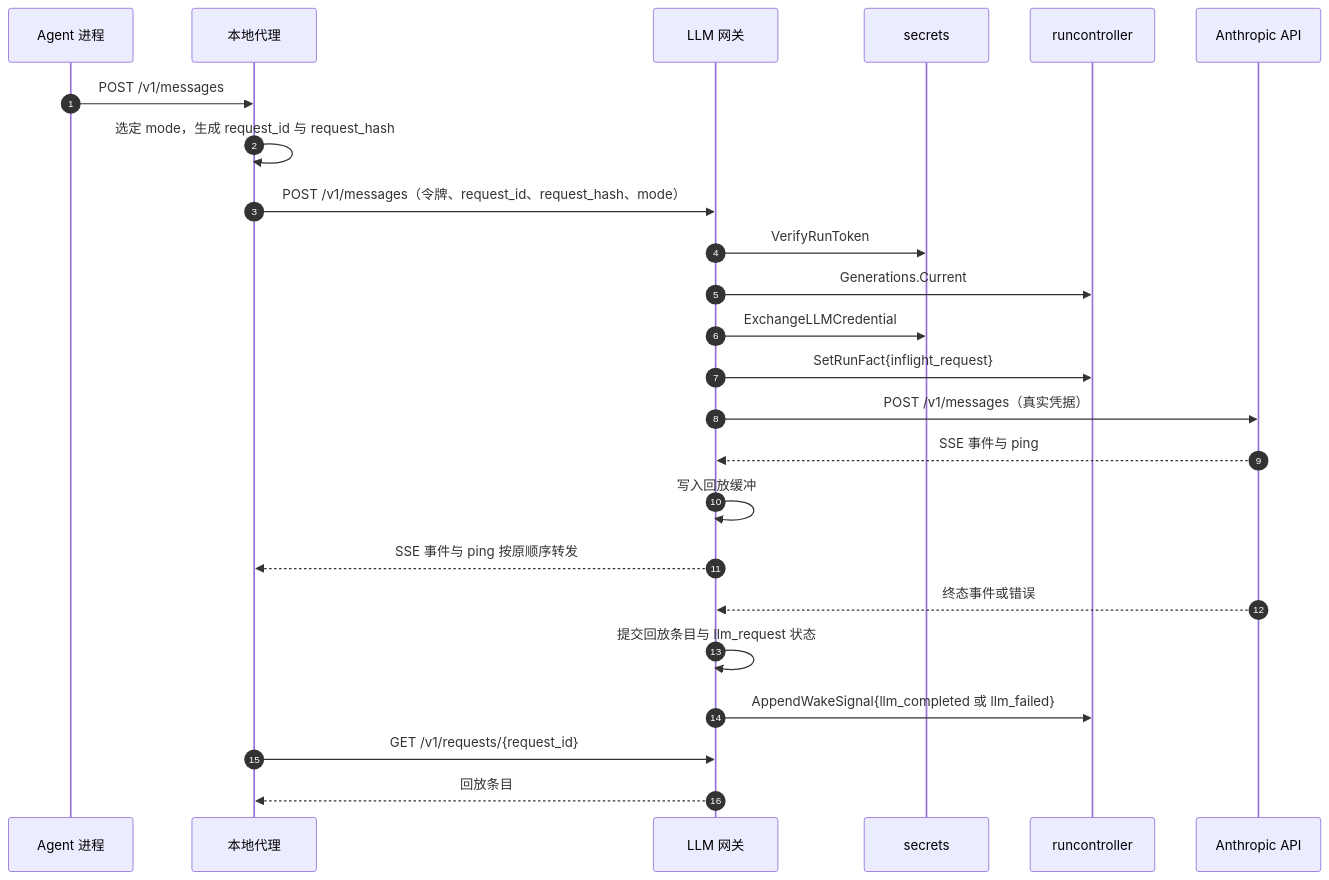
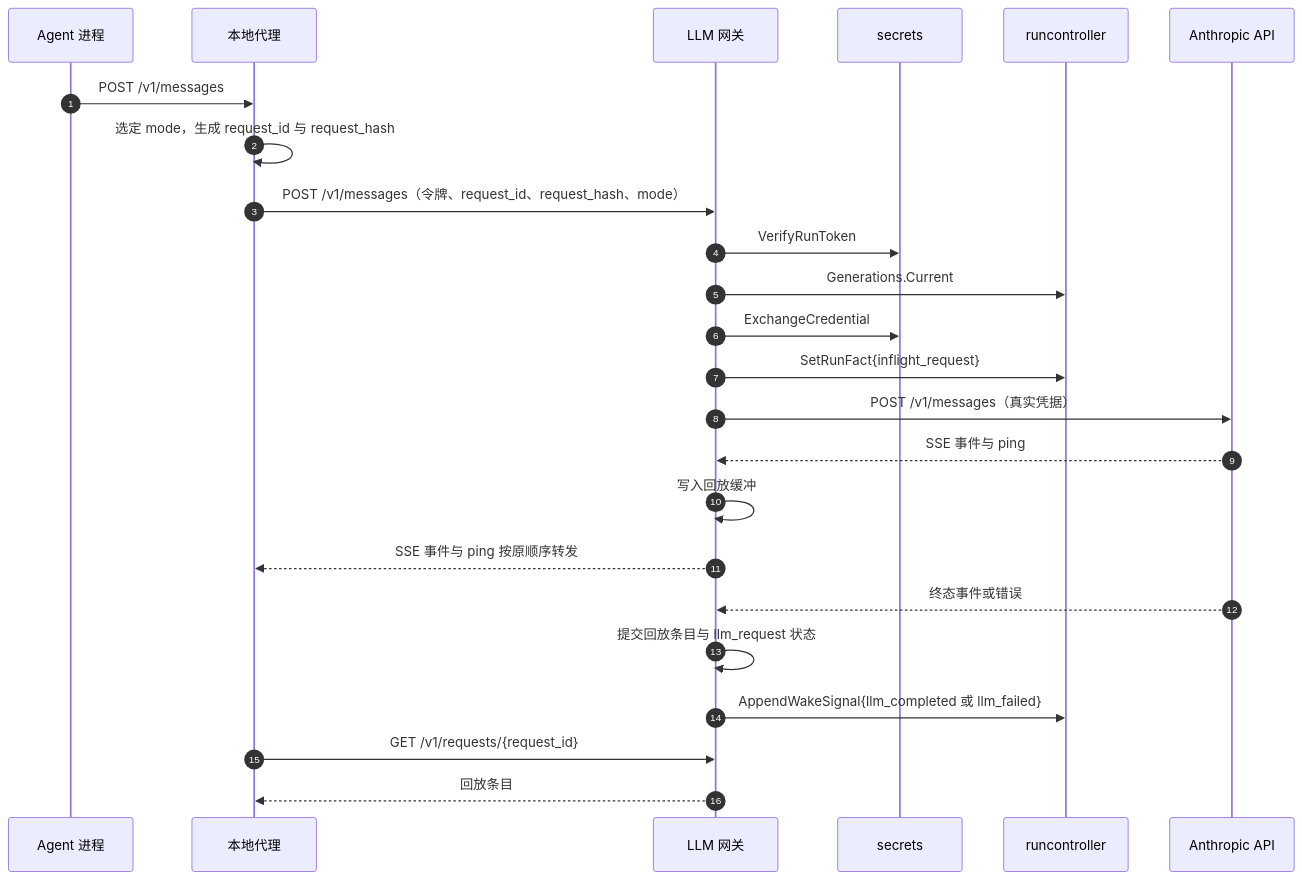
The first of 3 diagrams in docs/design/modules/design-llmgateway.md (wangzw/castworks), drawn with Mermaid before and after one commit. The commit also changed other lines of this file and 5 other files, not shown here.

First line of the commit message:
fix(secrets): align credential-exchange auditing with egress errors

````diff
--- a/docs/design/modules/design-llmgateway.md
+++ b/docs/design/modules/design-llmgateway.md
@@ -128,26 +144,26 @@
 ```mermaid
 sequenceDiagram
     autonumber
     participant A as Agent 进程
     participant P as 本地代理
     participant G as LLM 网关
     participant S as secrets
     participant R as runcontroller
     participant U as Anthropic API
     A->>P: POST /v1/messages
     P->>P: 选定 mode，生成 request_id 与 request_hash
     P->>G: POST /v1/messages（令牌、request_id、request_hash、mode）
     G->>S: VerifyRunToken
     G->>R: Generations.Current
-    G->>S: ExchangeLLMCredential
+    G->>S: ExchangeCredential
     G->>R: SetRunFact{inflight_request}
     G->>U: POST /v1/messages（真实凭据）
     U-->>G: SSE 事件与 ping
     G->>G: 写入回放缓冲
     G-->>P: SSE 事件与 ping 按原顺序转发
     U-->>G: 终态事件或错误
     G->>G: 提交回放条目与 llm_request 状态
     G->>R: AppendWakeSignal{llm_completed 或 llm_failed}
     P->>G: GET /v1/requests/{request_id}
     G-->>P: 回放条目
 ```
````
